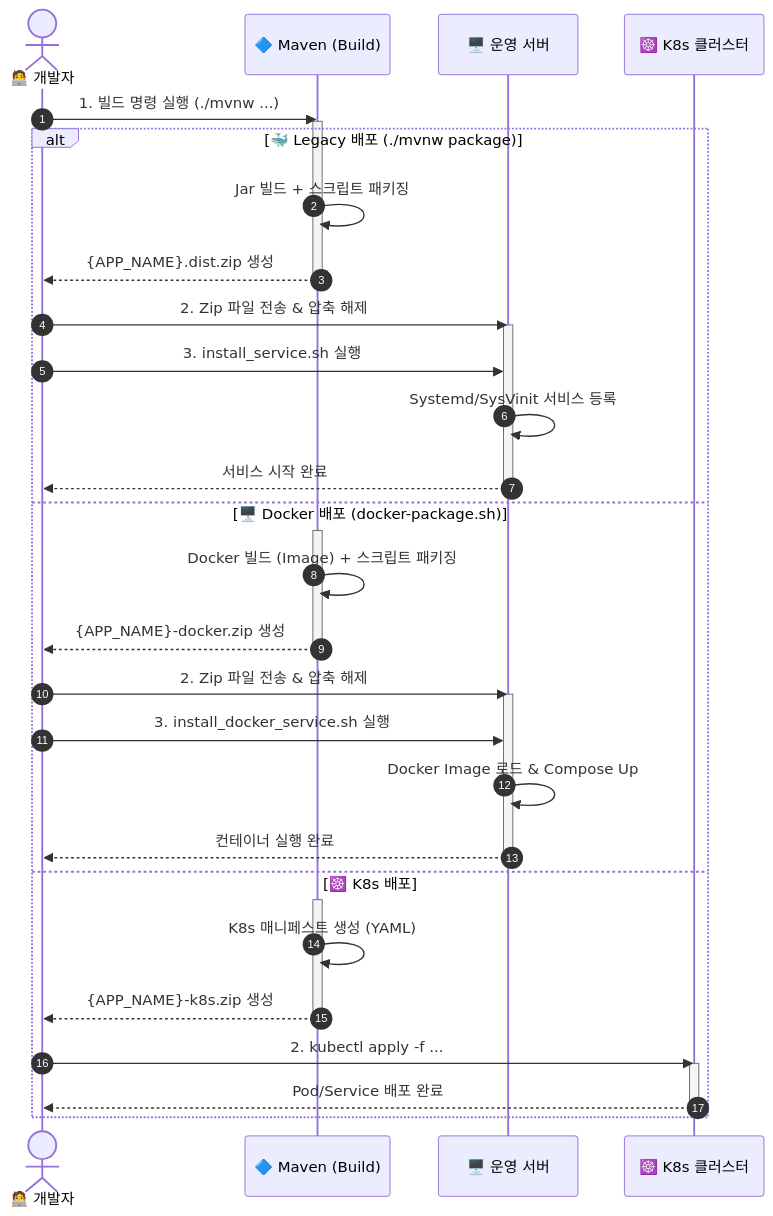
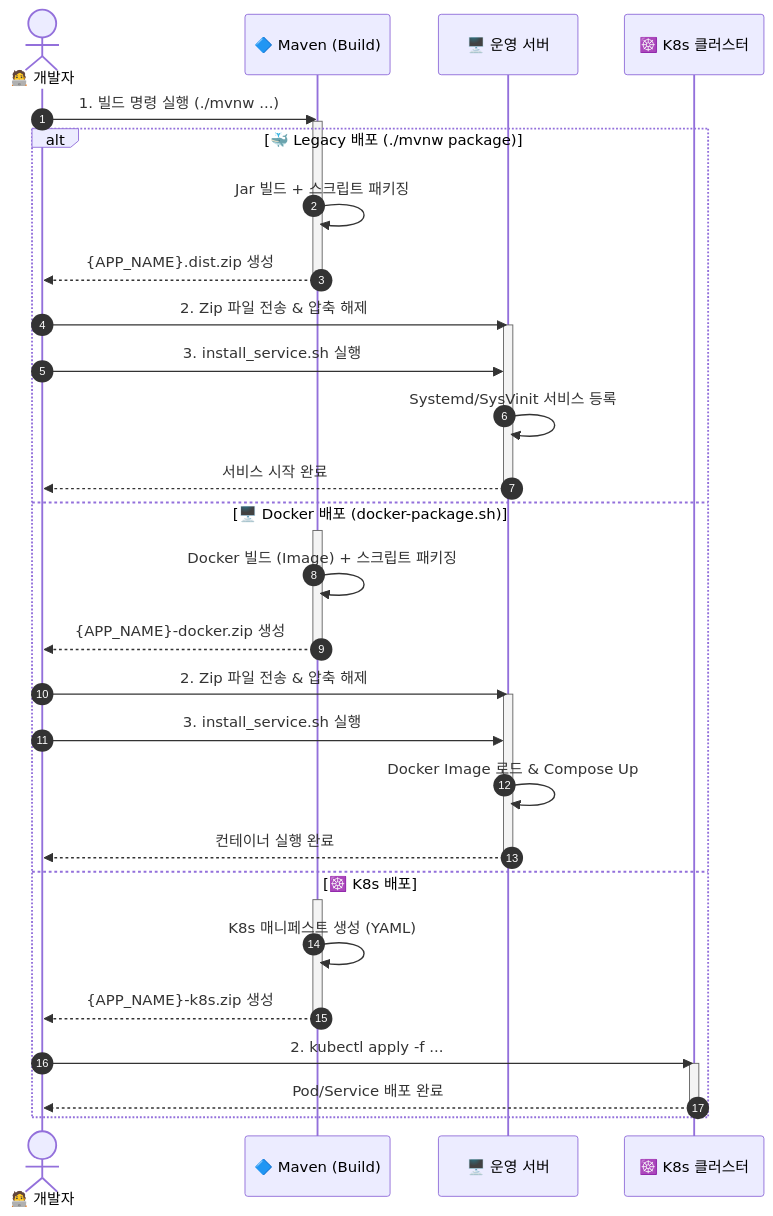
Before and after one commit to MJ-Youn/build-template: the second of 2 diagrams in README.md, drawn with Mermaid. The commit also changed other lines of this file and 5 other files, not shown here.

Commit message:
install docker service 내용 삭제

````diff
--- a/README.md
+++ b/README.md
@@ -452,45 +453,45 @@
 ```mermaid
 sequenceDiagram
     autonumber
     actor Dev as 🧑‍💻 개발자
     participant Maven as 🔷 Maven (Build)
     participant Server as 🖥️ 운영 서버
     participant K8s as ☸️ K8s 클러스터
 
     Dev->>Maven: 1. 빌드 명령 실행 (./mvnw ...)
     activate Maven
 
     alt 🐳 Legacy 배포 (./mvnw package)
         Maven->>Maven: Jar 빌드 + 스크립트 패키징
         Maven-->>Dev: {APP_NAME}.dist.zip 생성
         deactivate Maven
         Dev->>Server: 2. Zip 파일 전송 & 압축 해제
         activate Server
         Dev->>Server: 3. install_service.sh 실행
         Server->>Server: Systemd/SysVinit 서비스 등록
         Server-->>Dev: 서비스 시작 완료
         deactivate Server
 
     else 🖥️ Docker 배포 (docker-package.sh)
         activate Maven
         Maven->>Maven: Docker 빌드 (Image) + 스크립트 패키징
         Maven-->>Dev: {APP_NAME}-docker.zip 생성
         deactivate Maven
         Dev->>Server: 2. Zip 파일 전송 & 압축 해제
         activate Server
-        Dev->>Server: 3. install_docker_service.sh 실행
+        Dev->>Server: 3. install_service.sh 실행
         Server->>Server: Docker Image 로드 & Compose Up
         Server-->>Dev: 컨테이너 실행 완료
         deactivate Server
 
     else ☸️ K8s 배포
         activate Maven
         Maven->>Maven: K8s 매니페스트 생성 (YAML)
         Maven-->>Dev: {APP_NAME}-k8s.zip 생성
         deactivate Maven
         Dev->>K8s: 2. kubectl apply -f ...
         activate K8s
         K8s-->>Dev: Pod/Service 배포 완료
         deactivate K8s
     end
 ```
````
